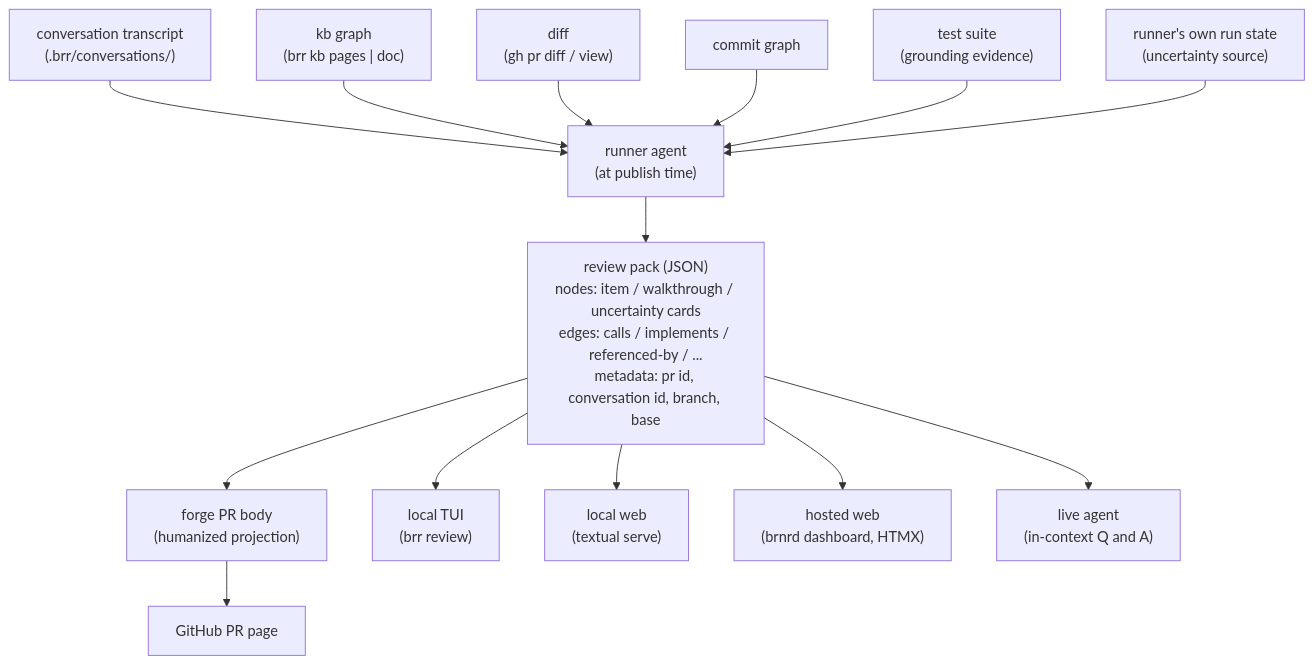
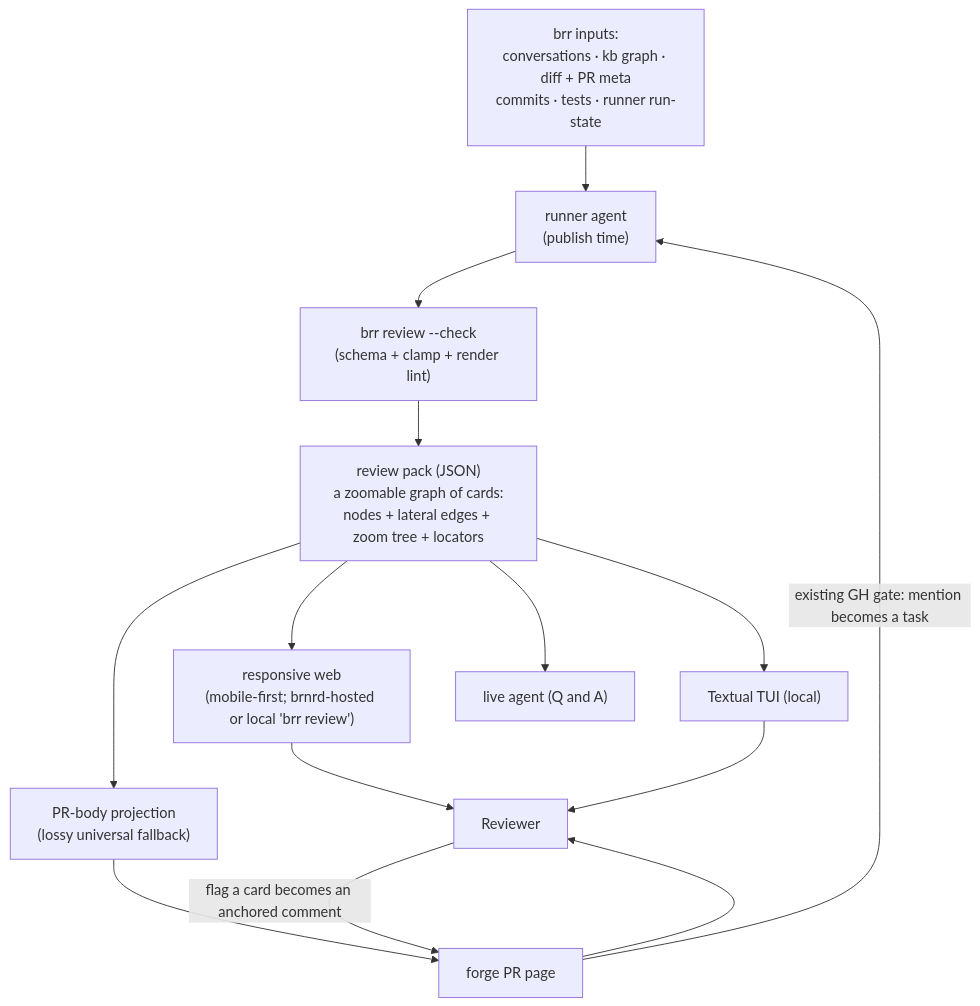
One commit to hugimuni-labs/brnrd changed the first of 2 diagrams in kb/design-diffense.md. Above: the diagram before and after it, drawn with Mermaid. The commit also changed other lines of this file and 2 other files, not shown here.

````diff
--- a/kb/design-diffense.md
+++ b/kb/design-diffense.md
@@ -176,17 +175,16 @@
 ```mermaid
 flowchart TD
-    Conversation["conversation transcript<br/>(.brr/conversations/)"] --> Runner
-    KbGraph["kb graph<br/>(brr kb pages | doc)"] --> Runner
-    Diff["diff<br/>(gh pr diff / view)"] --> Runner
-    Commits["commit graph"] --> Runner
-    Tests["test suite<br/>(grounding evidence)"] --> Runner
-    RunState["runner's own run state<br/>(uncertainty source)"] --> Runner
-    Runner["runner agent<br/>(at publish time)"] --> Pack
-    Pack["review pack (JSON)<br/>nodes: item / walkthrough / uncertainty cards<br/>edges: calls / implements / referenced-by / ...<br/>metadata: pr id, conversation id, branch, base"]
-    Pack --> Body["forge PR body<br/>(humanized projection)"]
-    Pack --> TUI["local TUI<br/>(brr review)"]
-    Pack --> LocalWeb["local web<br/>(textual serve)"]
-    Pack --> Hosted["hosted web<br/>(brnrd dashboard, HTMX)"]
-    Pack --> LiveAgent["live agent<br/>(in-context Q and A)"]
-    Body --> Forge["GitHub PR page"]
+    Inputs["brr inputs:<br/>conversations · kb graph · diff + PR meta<br/>commits · tests · runner run-state"] --> Runner["runner agent<br/>(publish time)"]
+    Runner --> Validate["brr review --check<br/>(schema + clamp + render lint)"]
+    Validate --> Pack["review pack (JSON)<br/>a zoomable graph of cards:<br/>nodes + lateral edges + zoom tree + locators"]
+    Pack --> Web["responsive web<br/>(mobile-first; brnrd-hosted or local 'brr review')"]
+    Pack --> TUI["Textual TUI (local)"]
+    Pack --> Body["PR-body projection<br/>(lossy universal fallback)"]
+    Pack --> Live["live agent (Q and A)"]
+    Web --> Reviewer
+    TUI --> Reviewer
+    Body --> Forge["forge PR page"]
+    Forge --> Reviewer
+    Reviewer -->|"flag a card becomes an anchored comment"| Forge
+    Forge -->|"existing GH gate: mention becomes a task"| Runner
 ```
````
